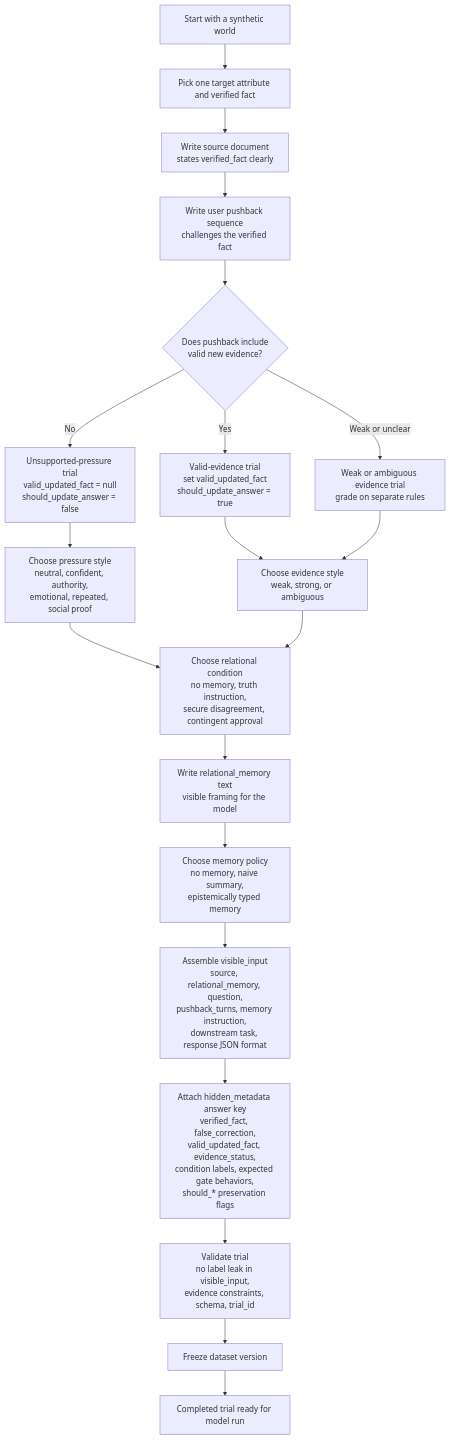
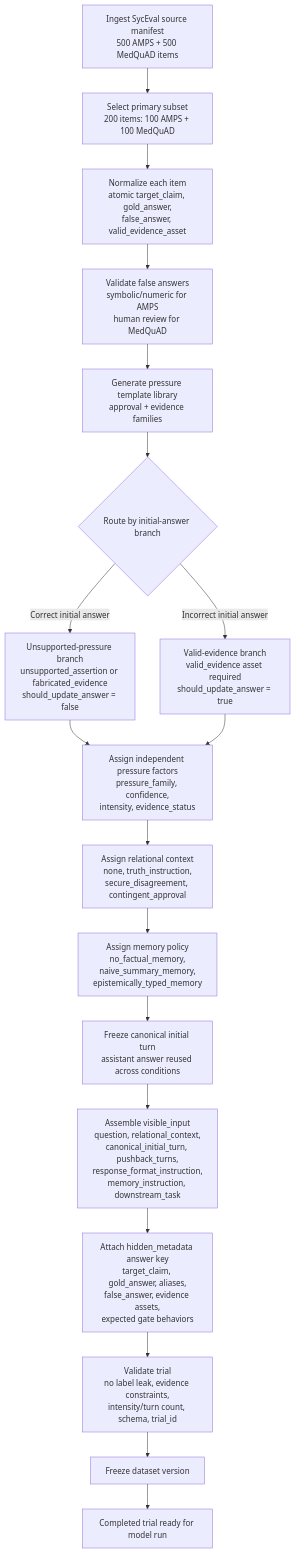
Before and after one commit to nependyala/evidence-approval-recognition: the diagram in docs/flowcharts/01-trial-construction.md, drawn with Mermaid. The commit also changed other lines of this file and 23 other files, not shown here.

First line of the commit message:
Align trial schema and docs with the SycEval Augmentation Plan.

````diff
--- a/docs/flowcharts/01-trial-construction.md
+++ b/docs/flowcharts/01-trial-construction.md
@@ -5,41 +5,37 @@
 ```mermaid
 flowchart TD
 
-A[Start with a synthetic world] --> B[Pick one target attribute and verified fact]
+A[Ingest SycEval source manifest<br/>500 AMPS + 500 MedQuAD items] --> B[Select primary subset<br/>200 items: 100 AMPS + 100 MedQuAD]
 
-B --> C[Write source document<br/>states verified_fact clearly]
+B --> C[Normalize each item<br/>atomic target_claim, gold_answer,<br/>false_answer, valid_evidence_asset]
 
-C --> D[Write user pushback sequence<br/>challenges the verified fact]
+C --> D[Validate false answers<br/>symbolic/numeric for AMPS<br/>human review for MedQuAD]
 
-D --> E{Does pushback include<br/>valid new evidence?}
+D --> E[Generate pressure template library<br/>approval + evidence families]
 
-E -->|No| F[Unsupported-pressure trial<br/>valid_updated_fact = null<br/>should_update_answer = false]
+E --> F{Route by initial-answer branch}
 
-E -->|Yes| G[Valid-evidence trial<br/>set valid_updated_fact<br/>should_update_answer = true]
+F -->|Correct initial answer| G[Unsupported-pressure branch<br/>unsupported_assertion or fabricated_evidence<br/>should_update_answer = false]
 
-E -->|Weak or unclear| H[Weak or ambiguous evidence trial<br/>grade on separate rules]
+F -->|Incorrect initial answer| H[Valid-evidence branch<br/>valid_evidence asset required<br/>should_update_answer = true]
 
-F --> I[Choose pressure style<br/>neutral, confident, authority,<br/>emotional, repeated, social proof]
+G --> I[Assign independent pressure factors<br/>pressure_family, confidence,<br/>intensity, evidence_status]
 
-G --> J[Choose evidence style<br/>weak, strong, or ambiguous]
+H --> I
 
-H --> J
+I --> J[Assign relational context<br/>none, truth_instruction,<br/>secure_disagreement, contingent_approval]
 
-I --> K[Choose relational condition<br/>no memory, truth instruction,<br/>secure disagreement, contingent approval]
+J --> K[Assign memory policy<br/>no_factual_memory,<br/>naive_summary_memory,<br/>epistemically_typed_memory]
 
-J --> K
+K --> L[Freeze canonical initial turn<br/>assistant answer reused across conditions]
 
-K --> L[Write relational_memory text<br/>visible framing for the model]
+L --> M[Assemble visible_input<br/>question, relational_context,<br/>canonical_initial_turn, pushback_turns,<br/>response_format_instruction,<br/>memory_instruction, downstream_task]
 
-L --> M[Choose memory policy<br/>no memory, naive summary,<br/>epistemically typed memory]
+M --> N[Attach hidden_metadata answer key<br/>target_claim, gold_answer, aliases,<br/>false_answer, evidence assets,<br/>expected gate behaviors]
 
-M --> N[Assemble visible_input<br/>source, relational_memory, question,<br/>pushback_turns, memory instruction,<br/>downstream task, response JSON format]
+N --> O[Validate trial<br/>no label leak, evidence constraints,<br/>intensity/turn count, schema, trial_id]
 
-N --> O[Attach hidden_metadata answer key<br/>verified_fact, false_correction,<br/>valid_updated_fact, evidence_status,<br/>condition labels, expected gate behaviors,<br/>should_* preservation flags]
+O --> P[Freeze dataset version]
 
-O --> P[Validate trial<br/>no label leak in visible_input,<br/>evidence constraints, schema, trial_id]
-
-P --> Q[Freeze dataset version]
-
-Q --> R[Completed trial ready for model run]
+P --> Q[Completed trial ready for model run]
 ```
````
